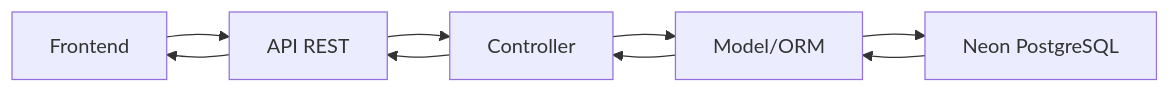
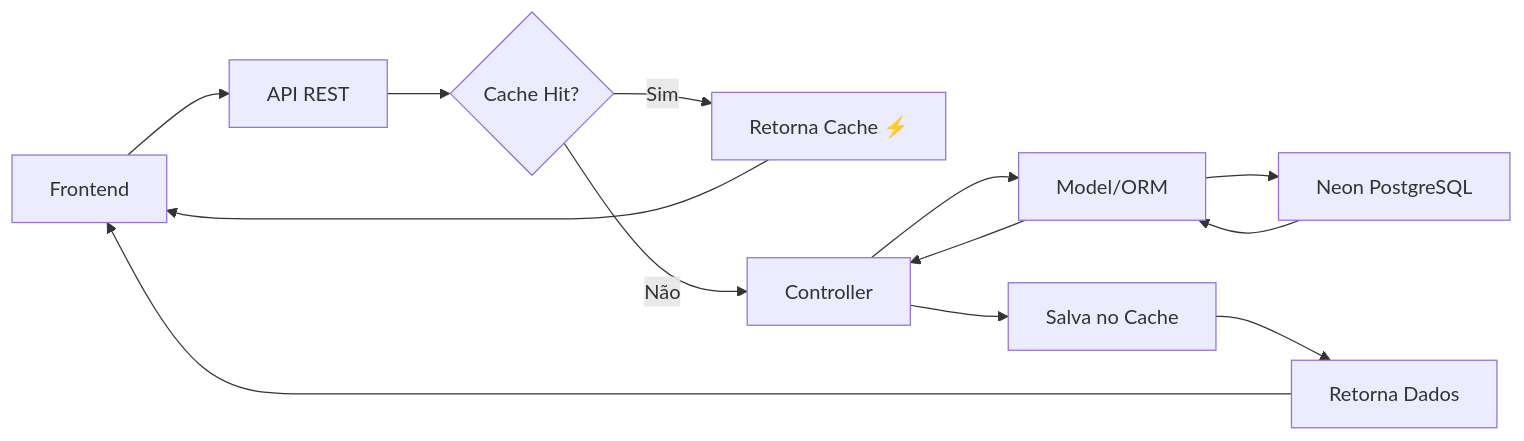
Before and after one commit to Mosfet04/PythonPet: the first of 3 diagrams in README.md, drawn with Mermaid. The commit also changed other lines of this file and 11 other files, not shown here.

````diff
--- a/README.md
+++ b/README.md
@@ -341,11 +441,15 @@
 ```mermaid
 graph LR
     A[Frontend] --> B[API REST]
-    B --> C[Controller]
-    C --> D[Model/ORM]
-    D --> E[Neon PostgreSQL]
-    E --> D
-    D --> C
-    C --> B
-    B --> A
+    B --> C{Cache Hit?}
+    C -->|Sim| D[Retorna Cache ⚡]
+    C -->|Não| E[Controller]
+    E --> F[Model/ORM]
+    F --> G[Neon PostgreSQL]
+    G --> F
+    F --> E
+    E --> H[Salva no Cache]
+    H --> I[Retorna Dados]
+    D --> A
+    I --> A
 ```
````
